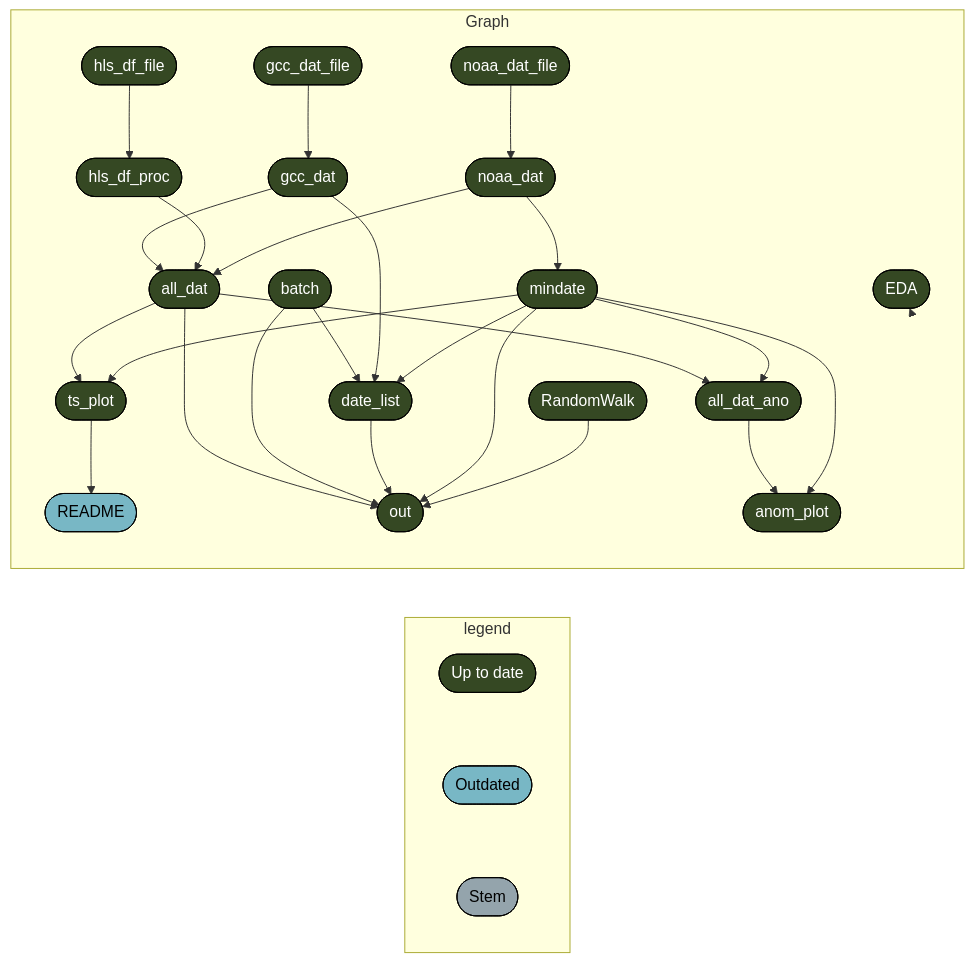
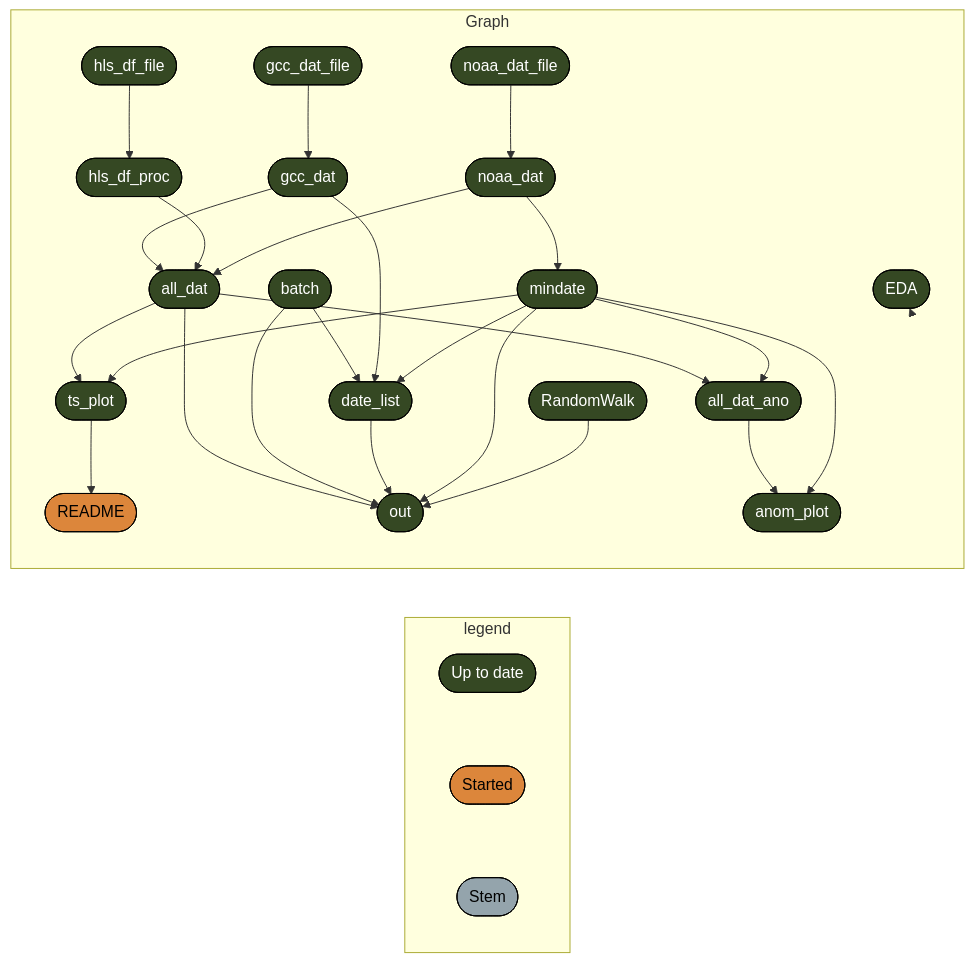
Before and after one commit to Aariq/efi-2022-phenocam: the diagram in README.md, drawn with Mermaid. The commit also changed other lines of this file and 3 other files, not shown here.

````diff
--- a/README.md
+++ b/README.md
@@ -19,38 +19,38 @@
 ``` mermaid
 graph LR
   subgraph legend
-    x7420bd9270f8d27d([""Up to date""]):::uptodate --- x0a52b03877696646([""Outdated""]):::outdated
-    x0a52b03877696646([""Outdated""]):::outdated --- xbf4603d6c2c2ad6b([""Stem""]):::none
+    x7420bd9270f8d27d([""Up to date""]):::uptodate --- x5b3426b4c7fa7dbc([""Started""]):::started
+    x5b3426b4c7fa7dbc([""Started""]):::started --- xbf4603d6c2c2ad6b([""Stem""]):::none
   end
   subgraph Graph
     x9d9338876342a883(["all_dat"]):::uptodate --> x16fdb873ff498824(["all_dat_ano"]):::uptodate
     x68dd683e0472743b(["mindate"]):::uptodate --> x16fdb873ff498824(["all_dat_ano"]):::uptodate
     xb8d8de52ba56a7bb(["gcc_dat_file"]):::uptodate --> x250fae475e168023(["gcc_dat"]):::uptodate
     x37a4b6e78faf3120(["noaa_dat_file"]):::uptodate --> xb9d1c1bbc12ef44d(["noaa_dat"]):::uptodate
-    x32cef2290a81c584(["ts_plot"]):::uptodate --> x793b57f9be3e25d5(["README"]):::outdated
+    x32cef2290a81c584(["ts_plot"]):::uptodate --> x793b57f9be3e25d5(["README"]):::started
     x9d9338876342a883(["all_dat"]):::uptodate --> xd7adfc39060f91a9(["out"]):::uptodate
     x74653413816894b0(["batch"]):::uptodate --> xd7adfc39060f91a9(["out"]):::uptodate
     x8448797b328e6352(["date_list"]):::uptodate --> xd7adfc39060f91a9(["out"]):::uptodate
     x68dd683e0472743b(["mindate"]):::uptodate --> xd7adfc39060f91a9(["out"]):::uptodate
     x8fa3f0bfe3afe1bc(["RandomWalk"]):::uptodate --> xd7adfc39060f91a9(["out"]):::uptodate
     x18f6cc99ecb95617(["hls_df_file"]):::uptodate --> x64431175705194ee(["hls_df_proc"]):::uptodate
     x74653413816894b0(["batch"]):::uptodate --> x8448797b328e6352(["date_list"]):::uptodate
     x250fae475e168023(["gcc_dat"]):::uptodate --> x8448797b328e6352(["date_list"]):::uptodate
     x68dd683e0472743b(["mindate"]):::uptodate --> x8448797b328e6352(["date_list"]):::uptodate
     xb9d1c1bbc12ef44d(["noaa_dat"]):::uptodate --> x68dd683e0472743b(["mindate"]):::uptodate
     x9d9338876342a883(["all_dat"]):::uptodate --> x32cef2290a81c584(["ts_plot"]):::uptodate
     x68dd683e0472743b(["mindate"]):::uptodate --> x32cef2290a81c584(["ts_plot"]):::uptodate
     x16fdb873ff498824(["all_dat_ano"]):::uptodate --> xdae95d0f164d35b8(["anom_plot"]):::uptodate
     x68dd683e0472743b(["mindate"]):::uptodate --> xdae95d0f164d35b8(["anom_plot"]):::uptodate
     x250fae475e168023(["gcc_dat"]):::uptodate --> x9d9338876342a883(["all_dat"]):::uptodate
     x64431175705194ee(["hls_df_proc"]):::uptodate --> x9d9338876342a883(["all_dat"]):::uptodate
     xb9d1c1bbc12ef44d(["noaa_dat"]):::uptodate --> x9d9338876342a883(["all_dat"]):::uptodate
     xcd447f216a0c85c5(["EDA"]):::uptodate --> xcd447f216a0c85c5(["EDA"]):::uptodate
   end
   classDef uptodate stroke:#000000,color:#ffffff,fill:#354823;
-  classDef outdated stroke:#000000,color:#000000,fill:#78B7C5;
+  classDef started stroke:#000000,color:#000000,fill:#DC863B;
   classDef none stroke:#000000,color:#000000,fill:#94a4ac;
   linkStyle 0 stroke-width:0px;
   linkStyle 1 stroke-width:0px;
   linkStyle 24 stroke-width:0px;
 ```
````
